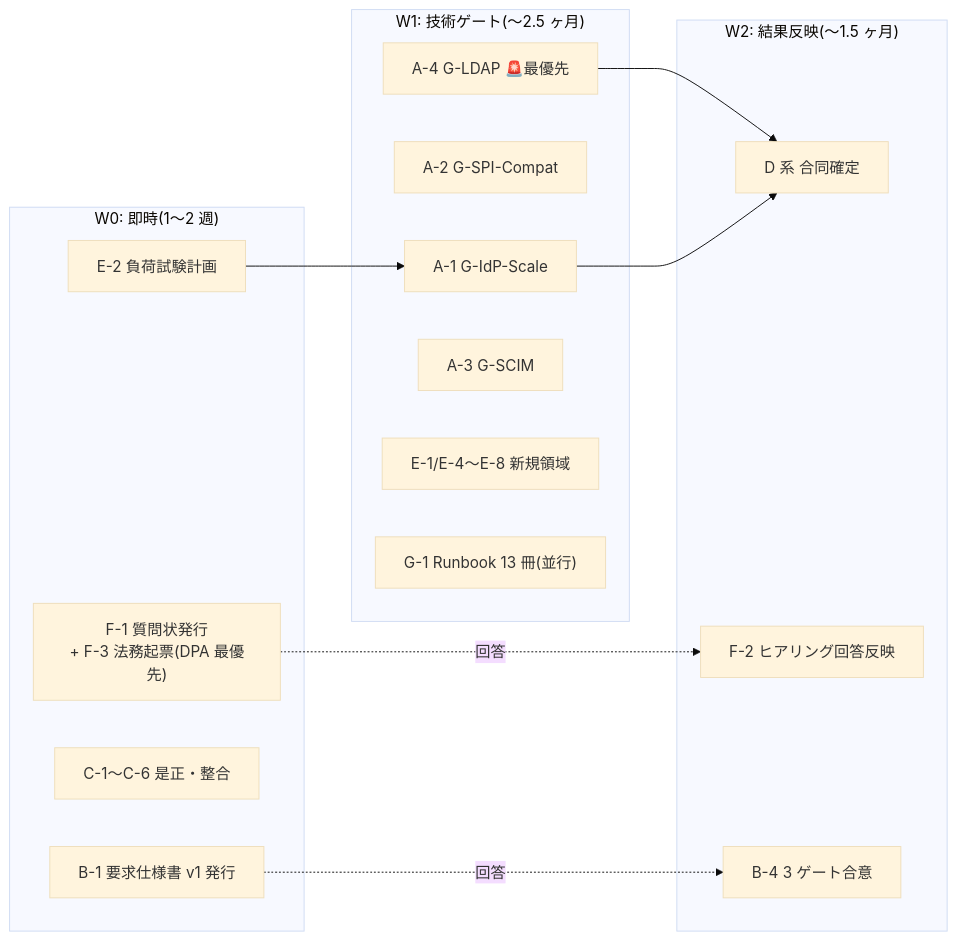
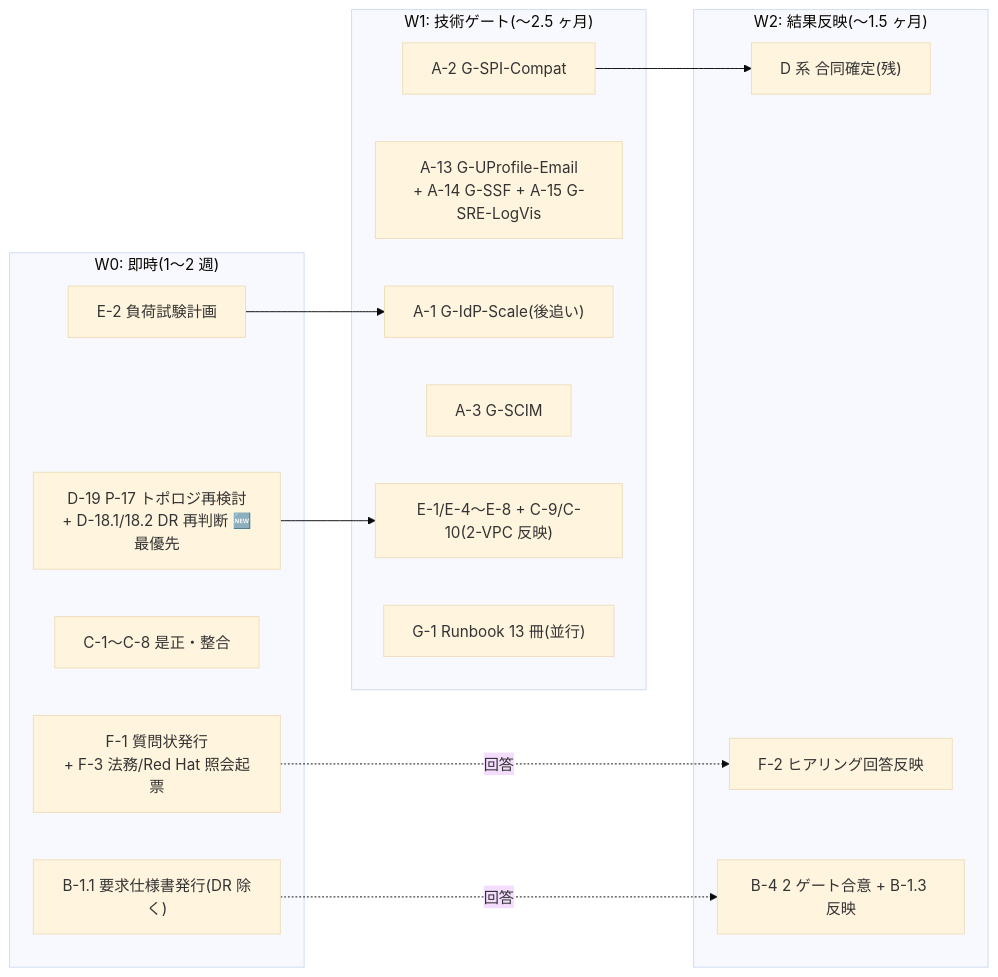
One commit to suepie/aws-atuh-poc changed the diagram in doc/basic-design/00a-remaining-tasks-and-effort.md. Above: the diagram before and after it, drawn with Mermaid (base theme). The commit also changed other lines of this file and 2 other files, not shown here.

````diff
--- a/doc/basic-design/00a-remaining-tasks-and-effort.md
+++ b/doc/basic-design/00a-remaining-tasks-and-effort.md
@@ -220,27 +333,28 @@
 ```mermaid
 flowchart LR
   subgraph W0["W0: 即時(1〜2 週)"]
-    W0a["F-1 質問状発行<br/>+ F-3 法務起票(DPA 最優先)"]
-    W0b["B-1 要求仕様書 v1 発行"]
-    W0c["C-1〜C-6 是正・整合"]
+    W0a["F-1 質問状発行<br/>+ F-3 法務/Red Hat 照会起票"]
+    W0b["B-1.1 要求仕様書発行(DR 除く)"]
+    W0c["C-1〜C-8 是正・整合"]
     W0d["E-2 負荷試験計画"]
+    W0e["D-19 P-17 トポロジ再検討<br/>+ D-18.1/18.2 DR 再判断 🆕最優先"]
   end
   subgraph W1["W1: 技術ゲート(〜2.5 ヶ月)"]
-    W1a["A-4 G-LDAP 🚨最優先"]
-    W1b["A-2 G-SPI-Compat"]
-    W1c["A-1 G-IdP-Scale"]
+    W1a["A-2 G-SPI-Compat"]
+    W1b["A-13 G-UProfile-Email<br/>+ A-14 G-SSF + A-15 G-SRE-LogVis"]
+    W1c["A-1 G-IdP-Scale(後追い)"]
     W1d["A-3 G-SCIM"]
-    W1e["E-1/E-4〜E-8 新規領域"]
+    W1e["E-1/E-4〜E-8 + C-9/C-10(2-VPC 反映)"]
     W1f["G-1 Runbook 13 冊(並行)"]
   end
   subgraph W2["W2: 結果反映(〜1.5 ヶ月)"]
-    W2a["D 系 合同確定"]
+    W2a["D 系 合同確定(残)"]
     W2b["F-2 ヒアリング回答反映"]
-    W2c["B-4 3 ゲート合意"]
+    W2c["B-4 2 ゲート合意 + B-1.3 反映"]
   end
   W0a -.回答.-> W2b
   W0b -.回答.-> W2c
+  W0e --> W1e
   W0d --> W1c
   W1a --> W2a
-  W1c --> W2a
 ```
````
